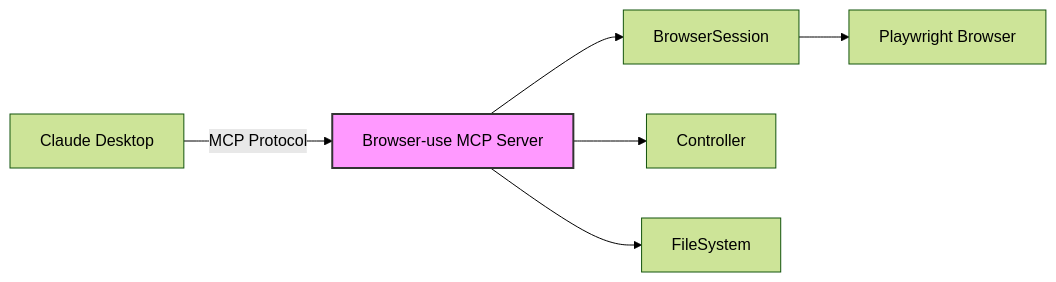
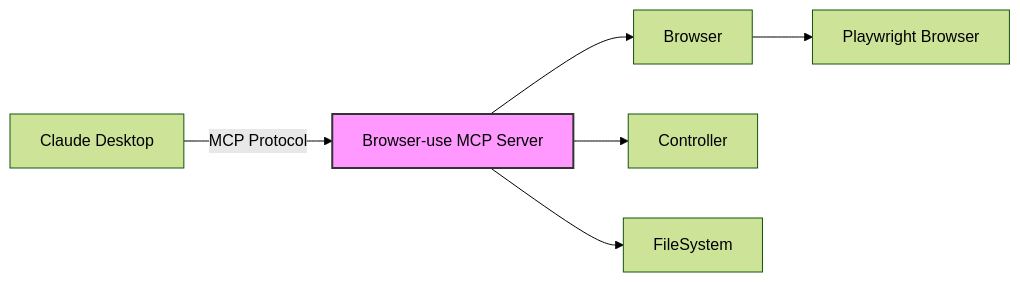
One commit to soyun11/browser-use changed the diagram in docs/customize/mcp-server.mdx. Above: the diagram before and after it, drawn with Mermaid (forest theme). The commit also changed other lines of this file and 10 other files, not shown here.

````diff
--- a/docs/customize/mcp-server.mdx
+++ b/docs/customize/mcp-server.mdx
@@ -18,10 +18,10 @@
 ```mermaid
 graph LR
     A[Claude Desktop] -->|MCP Protocol| B[Browser-use MCP Server]
-    B --> C[BrowserSession]
+    B --> C[Browser]
     B --> D[Controller]
     B --> E[FileSystem]
     C --> F[Playwright Browser]
     
     style B fill:#f9f,stroke:#333,stroke-width:2px
 ```
````
